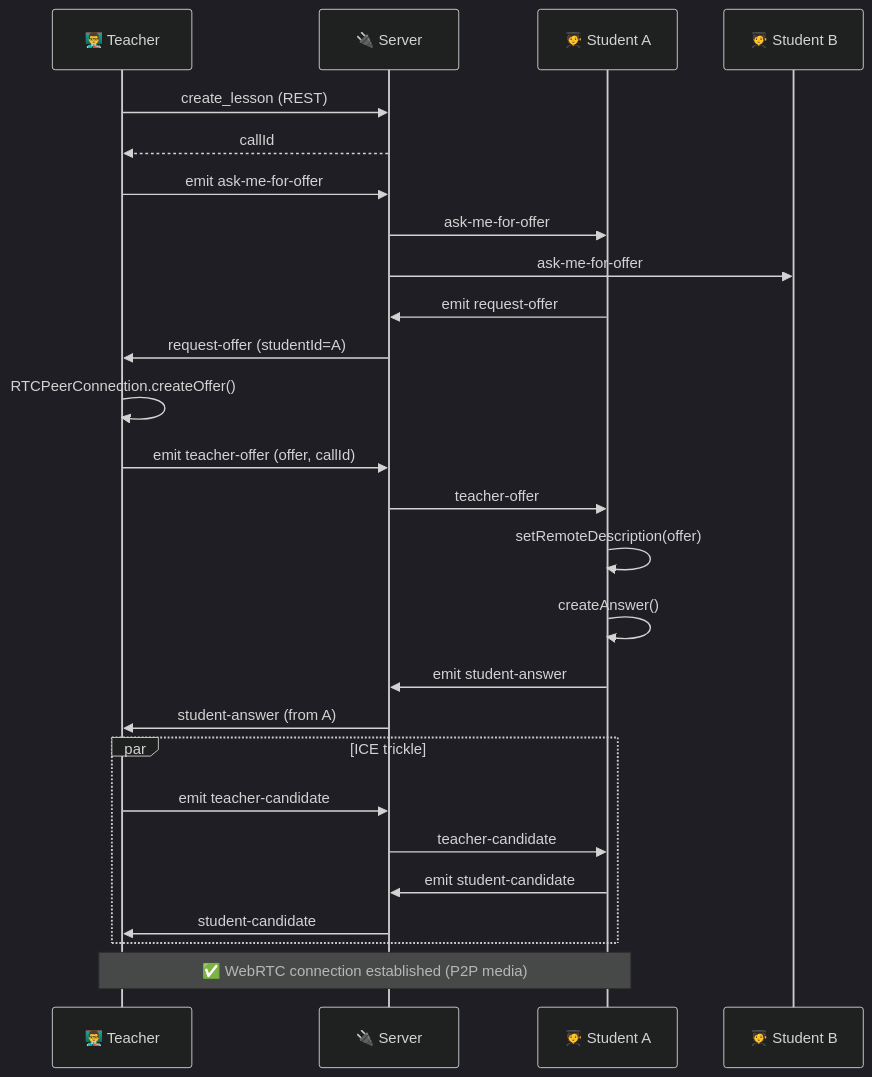
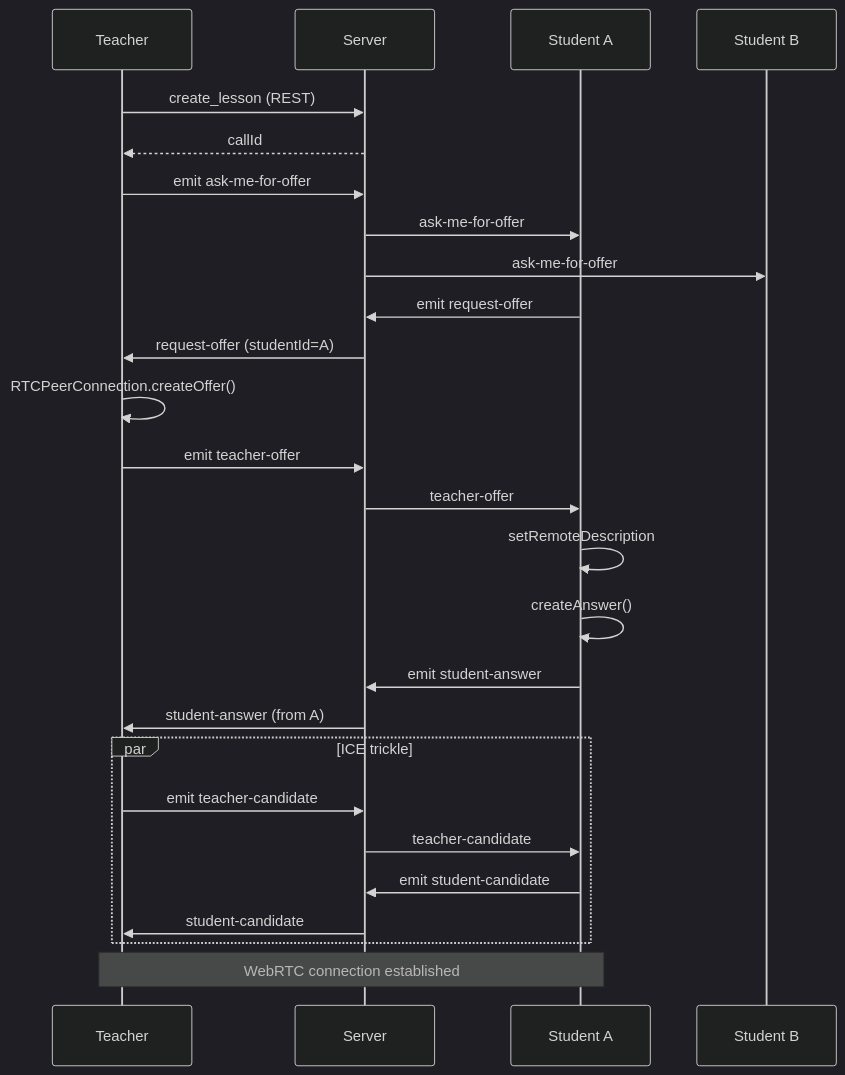
Before and after one commit to sami000khaleel/teach-me: the second of 4 diagrams in readme.md, drawn with Mermaid (dark theme). The commit also changed other lines of this file, not shown here.

````diff
--- a/readme.md
+++ b/readme.md
@@ -136,35 +136,35 @@
 ```mermaid
 sequenceDiagram
-    participant T as 👨‍🏫 Teacher
-    participant S as 🔌 Server
-    participant S1 as 🧑‍🎓 Student A
-    participant S2 as 🧑‍🎓 Student B
+    participant T as Teacher
+    participant S as Server
+    participant S1 as Student A
+    participant S2 as Student B
 
     T->>S: create_lesson (REST)
     S-->>T: callId
 
     T->>S: emit ask-me-for-offer
     S->>S1: ask-me-for-offer
     S->>S2: ask-me-for-offer
 
     S1->>S: emit request-offer
     S->>T: request-offer (studentId=A)
 
     T->>T: RTCPeerConnection.createOffer()
-    T->>S: emit teacher-offer (offer, callId)
+    T->>S: emit teacher-offer
     S->>S1: teacher-offer
 
-    S1->>S1: setRemoteDescription(offer)
+    S1->>S1: setRemoteDescription
     S1->>S1: createAnswer()
     S1->>S: emit student-answer
     S->>T: student-answer (from A)
 
     par ICE trickle
         T->>S: emit teacher-candidate
         S->>S1: teacher-candidate
         S1->>S: emit student-candidate
         S->>T: student-candidate
     end
 
-    Note over T,S1: ✅ WebRTC connection established (P2P media)
+    Note over T,S1: WebRTC connection established
 ```
````
